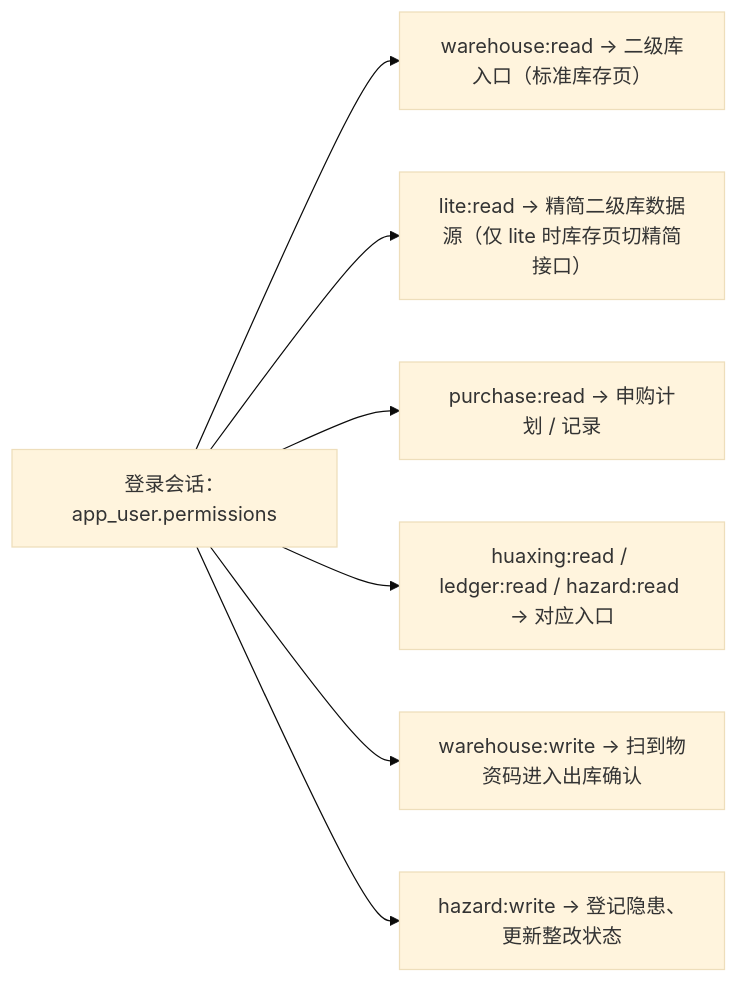
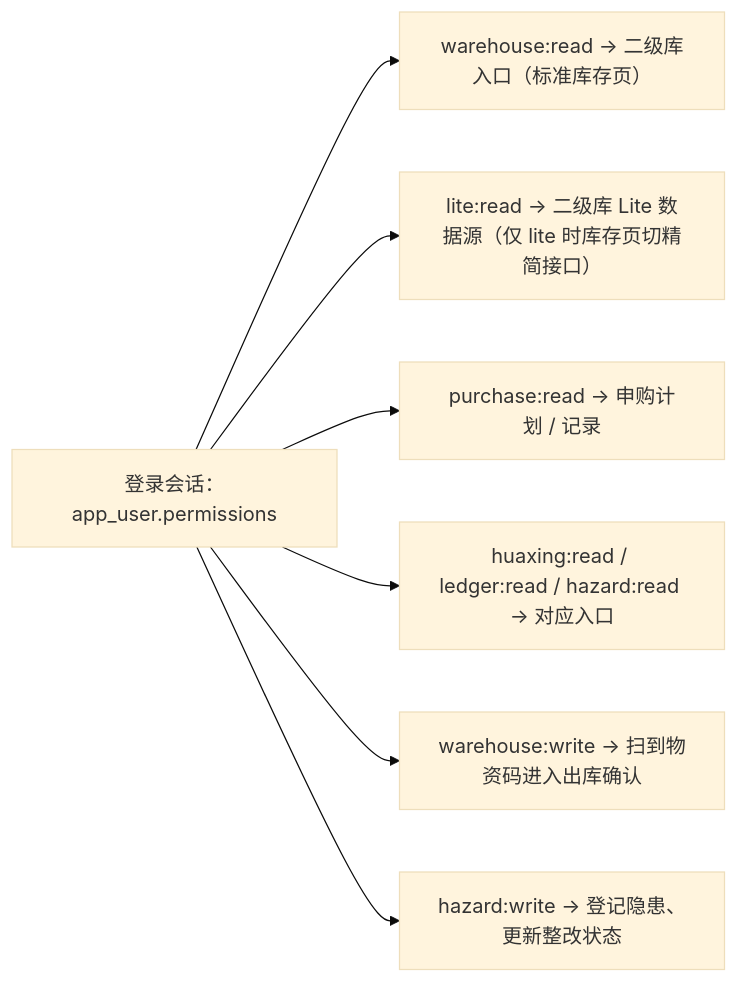
Before and after one commit to Sakana-1314/Electrical-Manager: the tenth of 10 diagrams in docs/websites/pages/dev-architecture.md, drawn with Mermaid (base theme). The commit also changed other lines of this file and 47 other files, not shown here.

````diff
--- a/docs/websites/pages/dev-architecture.md
+++ b/docs/websites/pages/dev-architecture.md
@@ -1153,9 +1153,9 @@
 ```mermaid
 flowchart LR
     U["登录会话：app_user.permissions"] --> R1["warehouse:read → 二级库入口（标准库存页）"]
-    U --> R1b["lite:read → 精简二级库数据源（仅 lite 时库存页切精简接口）"]
+    U --> R1b["lite:read → 二级库 Lite 数据源（仅 lite 时库存页切精简接口）"]
     U --> R2["purchase:read → 申购计划 / 记录"]
     U --> R3["huaxing:read / ledger:read / hazard:read → 对应入口"]
     U --> W1["warehouse:write → 扫到物资码进入出库确认"]
     U --> W2["hazard:write → 登记隐患、更新整改状态"]
 ```
````
